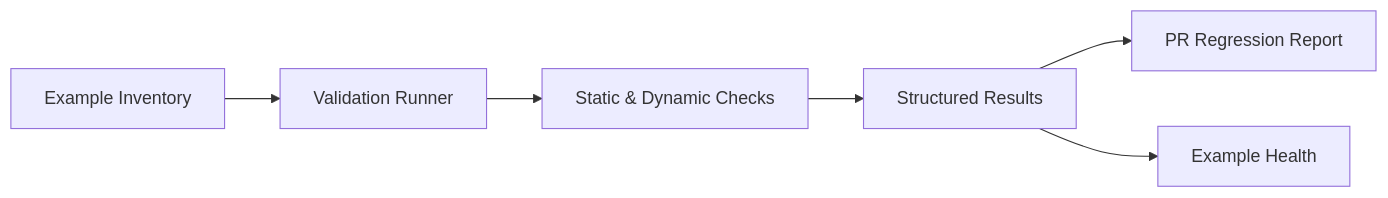
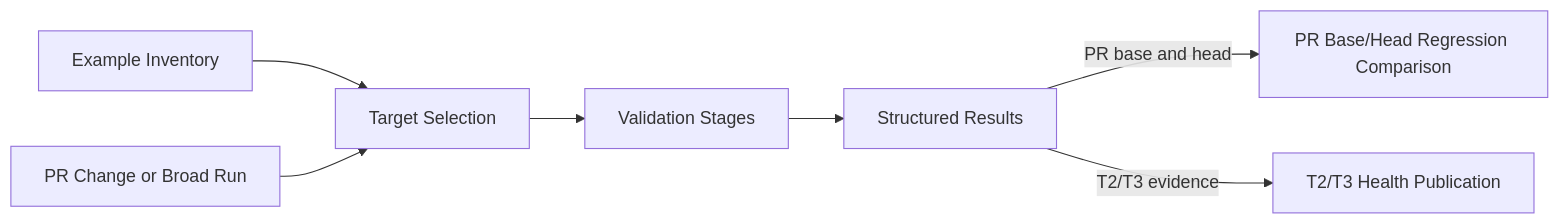
Before and after one commit to ken6078/ianvs: the diagram in .github/workflows/validator/README.md, drawn with Mermaid. The commit also changed other lines of this file and 4 other files, not shown here.

````diff
--- a/.github/workflows/validator/README.md
+++ b/.github/workflows/validator/README.md
@@ -37,15 +47,17 @@
 ```mermaid
 flowchart LR
     Inventory[Example Inventory]
-    Runner[Validation Runner]
-    Checks[Static & Dynamic Checks]
+    Event[PR Change or Broad Run]
+    Selection[Target Selection]
+    Stages[Validation Stages]
     Results[Structured Results]
-    CI[PR Regression Report]
-    Health[Example Health]
+    Regression[PR Base/Head Regression Comparison]
+    Health[T2/T3 Health Publication]
 
-    Inventory --> Runner
-    Runner --> Checks
-    Checks --> Results
-    Results --> CI
-    Results --> Health
+    Inventory --> Selection
+    Event --> Selection
+    Selection --> Stages
+    Stages --> Results
+    Results -->|PR base and head| Regression
+    Results -->|T2/T3 evidence| Health
 ```
````
